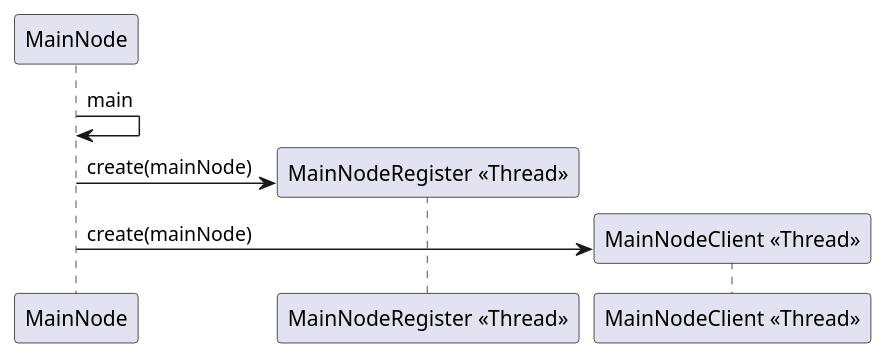
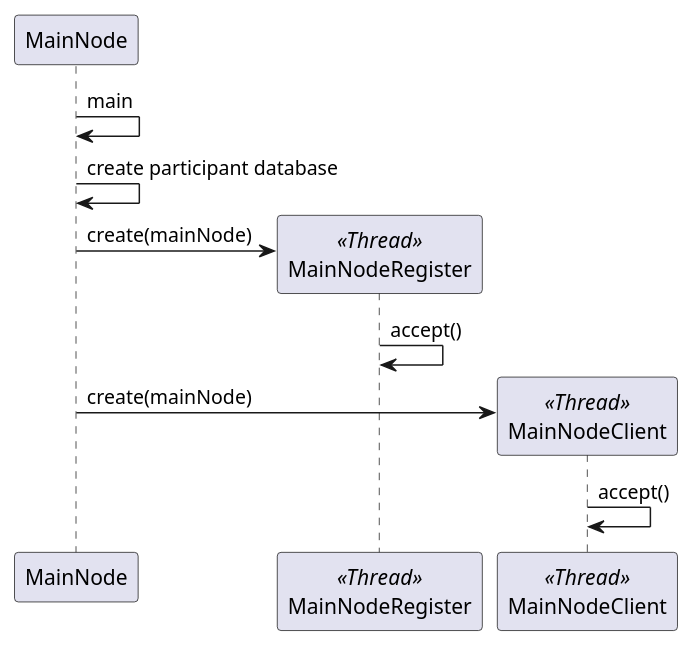
One commit to UAL-SDP/TCPMap changed the first of 4 diagrams in diagrams.org. Above: the diagram before and after it, drawn with PlantUML. The commit also changed other lines of this file and 5 other files, not shown here.

Commit message:
Add participant registry diagram.

```diff
--- a/diagrams.org
+++ b/diagrams.org
@@ -1,10 +1,16 @@
 #+begin_src plantuml :file figures/main_node_start.png :noexport
 @startuml
 participant MainNode
-participant "MainNodeRegister <<Thread>>"
-participant "MainNodeClient <<Thread>>"
+participant MainNodeRegister <<Thread>>
+participant MainNodeClient <<Thread>>
+
 MainNode -> MainNode : main
-MainNode -> "MainNodeRegister <<Thread>>" ** : create(mainNode)
-MainNode -> "MainNodeClient <<Thread>>" ** : create(mainNode)
+MainNode -> MainNode : create participant database
+
+MainNode -> MainNodeRegister ** : create(mainNode)
+MainNodeRegister -> MainNodeRegister : accept()
+
+MainNode -> MainNodeClient ** : create(mainNode)
+MainNodeClient -> MainNodeClient : accept()
 @enduml
 #+end_src
```
